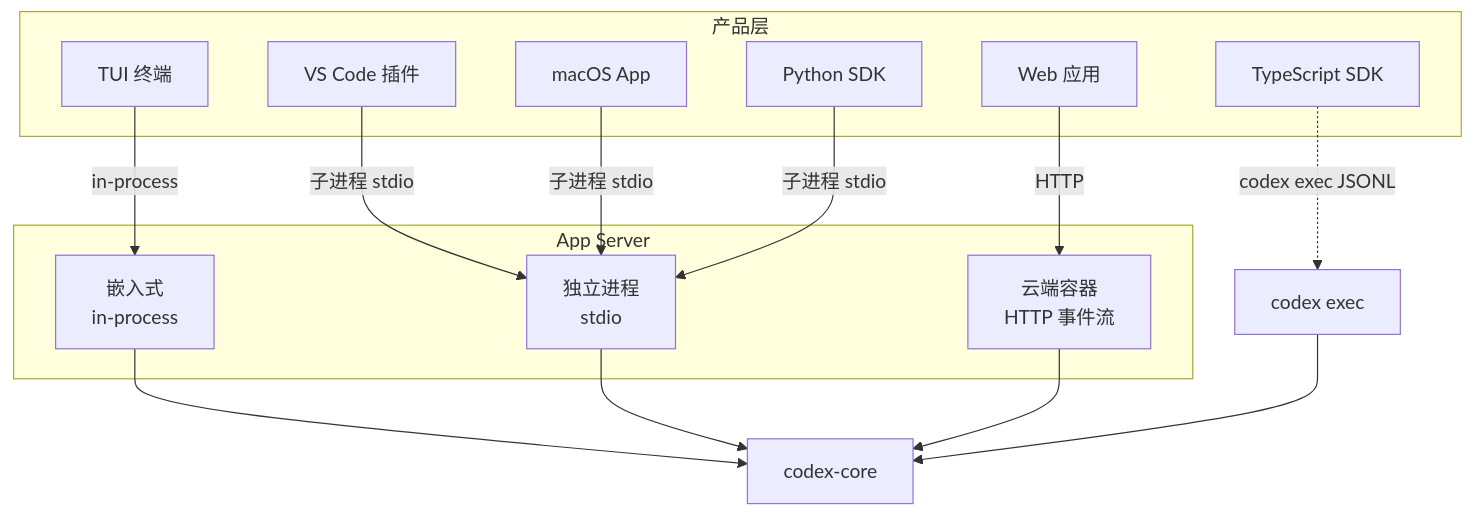
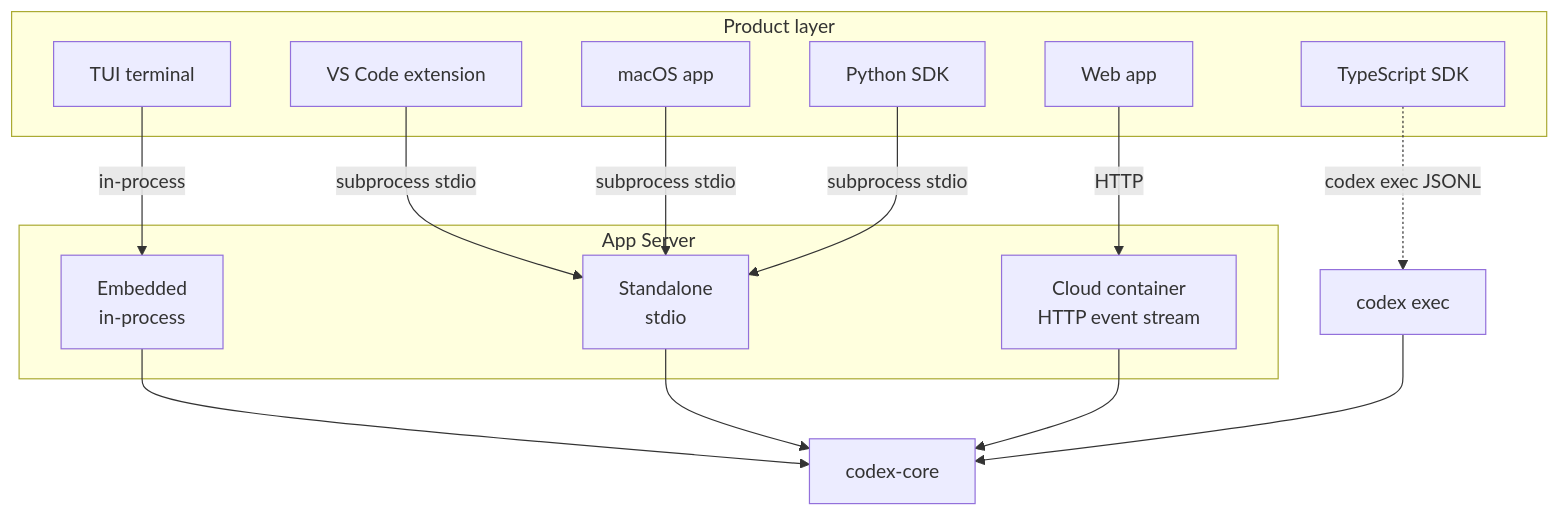
One commit to yibn2008/learn-codex changed the third of 3 diagrams in wiki/10-sdk-protocol.md. Above: the diagram before and after it, drawn with Mermaid. The commit also changed other lines of this file and 32 other files, not shown here.

````diff
--- a/wiki/10-sdk-protocol.md
+++ b/wiki/10-sdk-protocol.md
@@ -172,29 +174,29 @@
 ```mermaid
 graph TD
-    subgraph 产品层
-        TUI[TUI 终端]
-        VSCODE[VS Code 插件]
-        WEB[Web 应用]
-        MACOS[macOS App]
+    subgraph Product layer
+        TUI[TUI terminal]
+        VSCODE[VS Code extension]
+        WEB[Web app]
+        MACOS[macOS app]
         PY_SDK[Python SDK]
         TS_SDK[TypeScript SDK]
     end
 
     subgraph App Server
-        EMBEDDED[嵌入式<br/>in-process]
-        STANDALONE[独立进程<br/>stdio]
-        CLOUD[云端容器<br/>HTTP 事件流]
+        EMBEDDED[Embedded<br/>in-process]
+        STANDALONE[Standalone<br/>stdio]
+        CLOUD[Cloud container<br/>HTTP event stream]
     end
 
     TUI -->|in-process| EMBEDDED
-    VSCODE -->|子进程 stdio| STANDALONE
-    MACOS -->|子进程 stdio| STANDALONE
-    PY_SDK -->|子进程 stdio| STANDALONE
+    VSCODE -->|subprocess stdio| STANDALONE
+    MACOS -->|subprocess stdio| STANDALONE
+    PY_SDK -->|subprocess stdio| STANDALONE
     WEB -->|HTTP| CLOUD
     TS_SDK -.->|codex exec JSONL| CLI_EXEC[codex exec]
 
     EMBEDDED --> CORE[codex-core]
     STANDALONE --> CORE
     CLOUD --> CORE
     CLI_EXEC --> CORE
 ```
````
